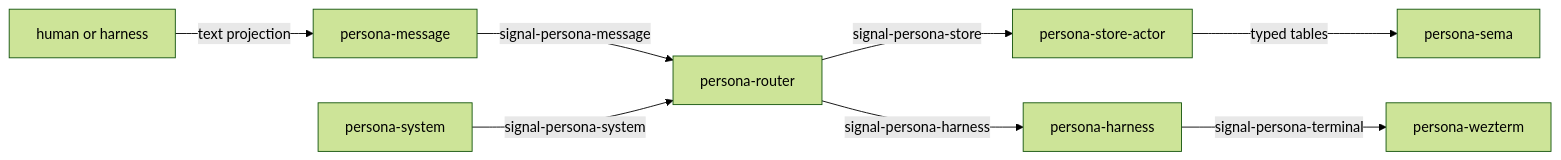
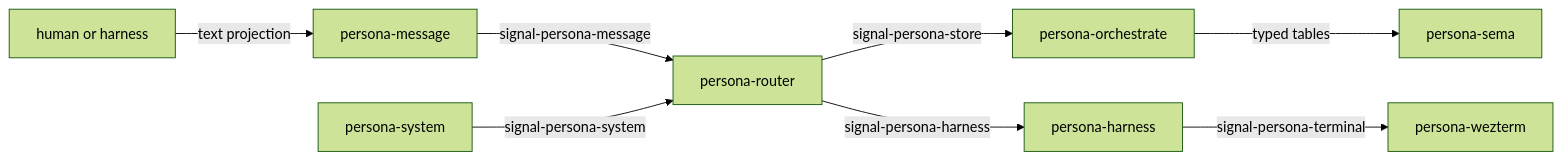
The third of 4 diagrams in ARCHITECTURE.md (LiGoldragon/persona), drawn with Mermaid (forest theme) before and after one commit. The commit also changed other lines of this file, not shown here.

Commit message:
align persona apex with orchestrator-owned sema actor and nota-only text

````diff
--- a/ARCHITECTURE.md
+++ b/ARCHITECTURE.md
@@ -133,10 +136,10 @@
 ```mermaid
 flowchart LR
     human["human or harness"] -->|text projection| message["persona-message"]
     message -->|signal-persona-message| router["persona-router"]
-    router -->|signal-persona-store| store_actor["persona-store-actor"]
-    store_actor -->|typed tables| sema["persona-sema"]
+    router -->|signal-persona-store| orchestrate["persona-orchestrate"]
+    orchestrate -->|typed tables| sema["persona-sema"]
     system["persona-system"] -->|signal-persona-system| router
     router -->|signal-persona-harness| harness["persona-harness"]
     harness -->|signal-persona-terminal| wezterm["persona-wezterm"]
 ```
````
